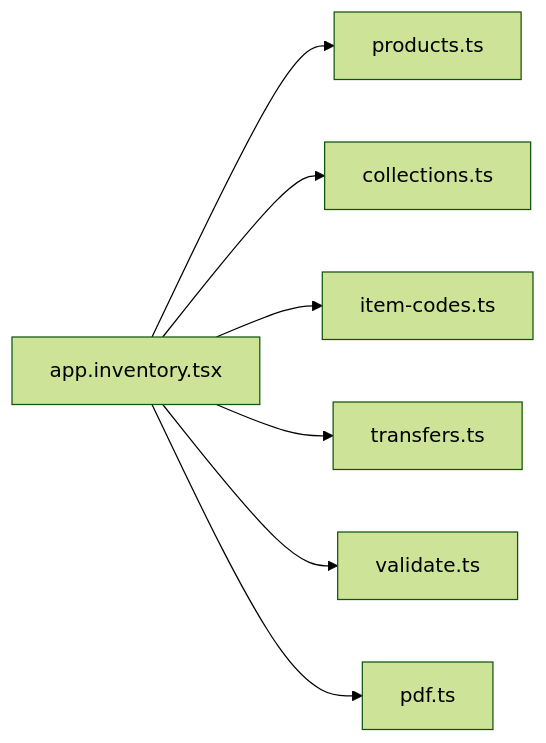
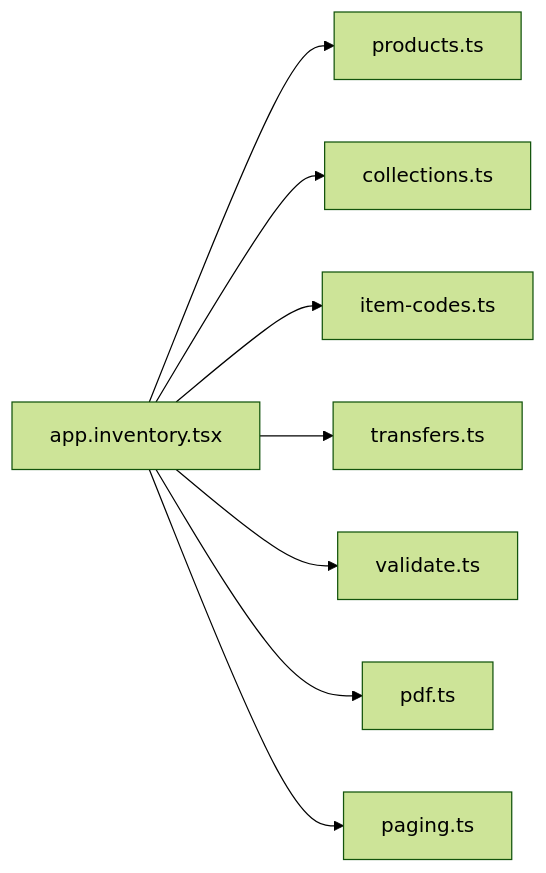
One commit to themclloyd/storq changed diagram 14 of 14 in .qoder/repowiki/en/content/Inventory Management/Inventory Management.md. Above: the diagram before and after it, drawn with Mermaid (forest theme). The commit also changed other lines of this file and 45 other files, not shown here.

First line of the commit message:
feat(database): enhance POS schema with security and retail operations

````diff
--- a/.qoder/repowiki/en/content/Inventory Management/Inventory Management.md
+++ b/.qoder/repowiki/en/content/Inventory Management/Inventory Management.md
@@ -327,9 +535,10 @@
 ```mermaid
 graph LR
 INV["app.inventory.tsx"] --> P["products.ts"]
 INV --> C["collections.ts"]
 INV --> I["item-codes.ts"]
 INV --> T["transfers.ts"]
 INV --> V["validate.ts"]
 INV --> PDF["pdf.ts"]
+INV --> PG["paging.ts"]
 ```
````
